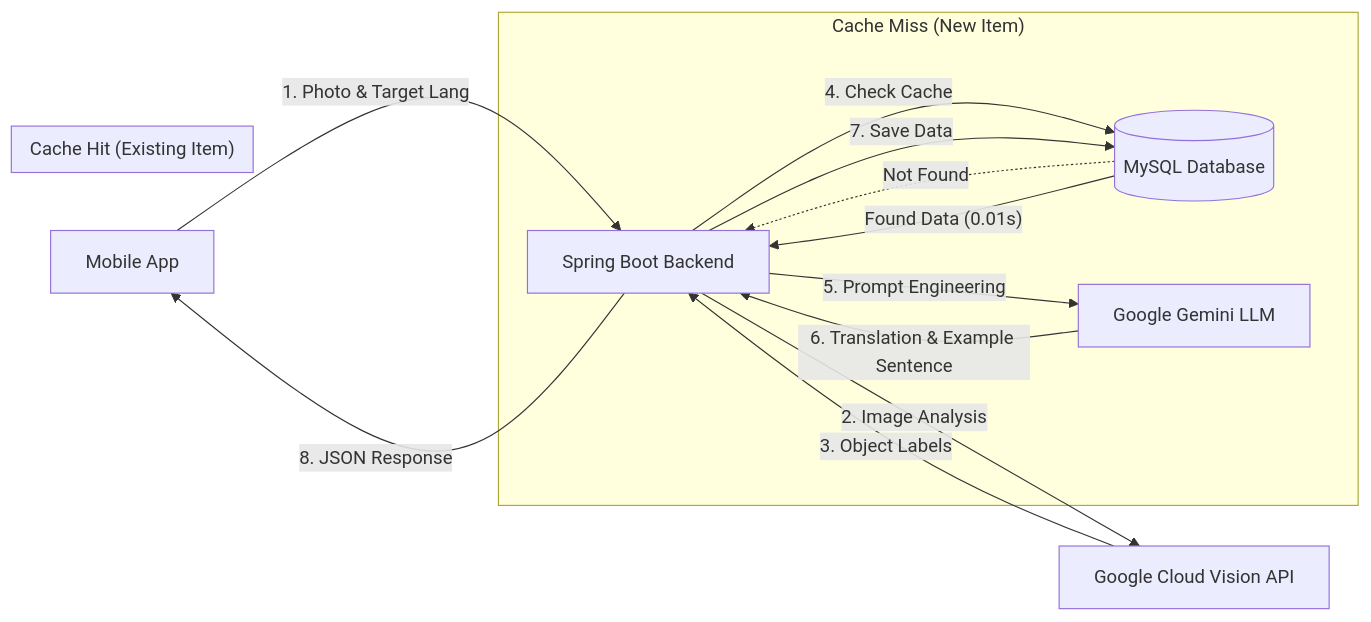
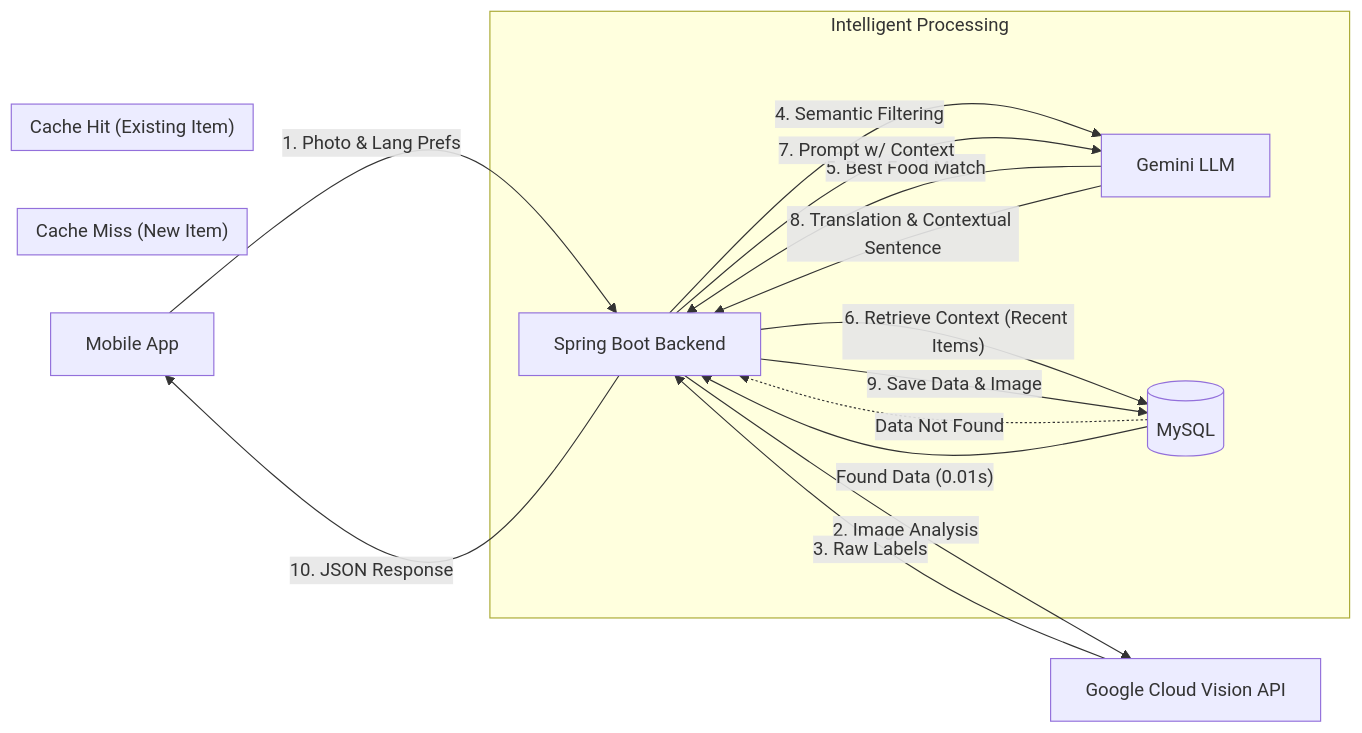
The diagram in README.md (ckck22/snap-fridge), drawn with Mermaid before and after one commit. The commit also changed other lines of this file, not shown here.

````diff
--- a/README.md
+++ b/README.md
@@ -14,20 +14,25 @@
 ```mermaid
 graph LR
-    User[Mobile App] -- 1. Photo & Target Lang --> Server[Spring Boot Backend]
+    User[Mobile App] -- 1. Photo & Lang Prefs --> Server[Spring Boot Backend]
     Server -- 2. Image Analysis --> Vision[Google Cloud Vision API]
-    Vision -- 3. Object Labels --> Server
-    Server -- 4. Check Cache --> DB[(MySQL Database)]
+    Vision -- 3. Raw Labels --> Server
+    
+    subgraph "Intelligent Processing"
+    Server -- 4. Semantic Filtering --> Gemini[Gemini LLM]
+    Gemini -- 5. Best Food Match --> Server
+    Server -- 6. Retrieve Context (Recent Items) --> DB[(MySQL)]
+    end
     
     subgraph "Cache Miss (New Item)"
-    DB -. Not Found .-> Server
-    Server -- 5. Prompt Engineering --> Gemini[Google Gemini LLM]
-    Gemini -- 6. Translation & Example Sentence --> Server
-    Server -- 7. Save Data --> DB
+    DB -. Data Not Found .-> Server
+    Server -- 7. Prompt w/ Context --> Gemini
+    Gemini -- 8. Translation & Contextual Sentence --> Server
+    Server -- 9. Save Data & Image --> DB
     end
     
     subgraph "Cache Hit (Existing Item)"
     DB -- Found Data (0.01s) --> Server
     end
     
-    Server -- 8. JSON Response --> User
+    Server -- 10. JSON Response --> User
 ```
````
